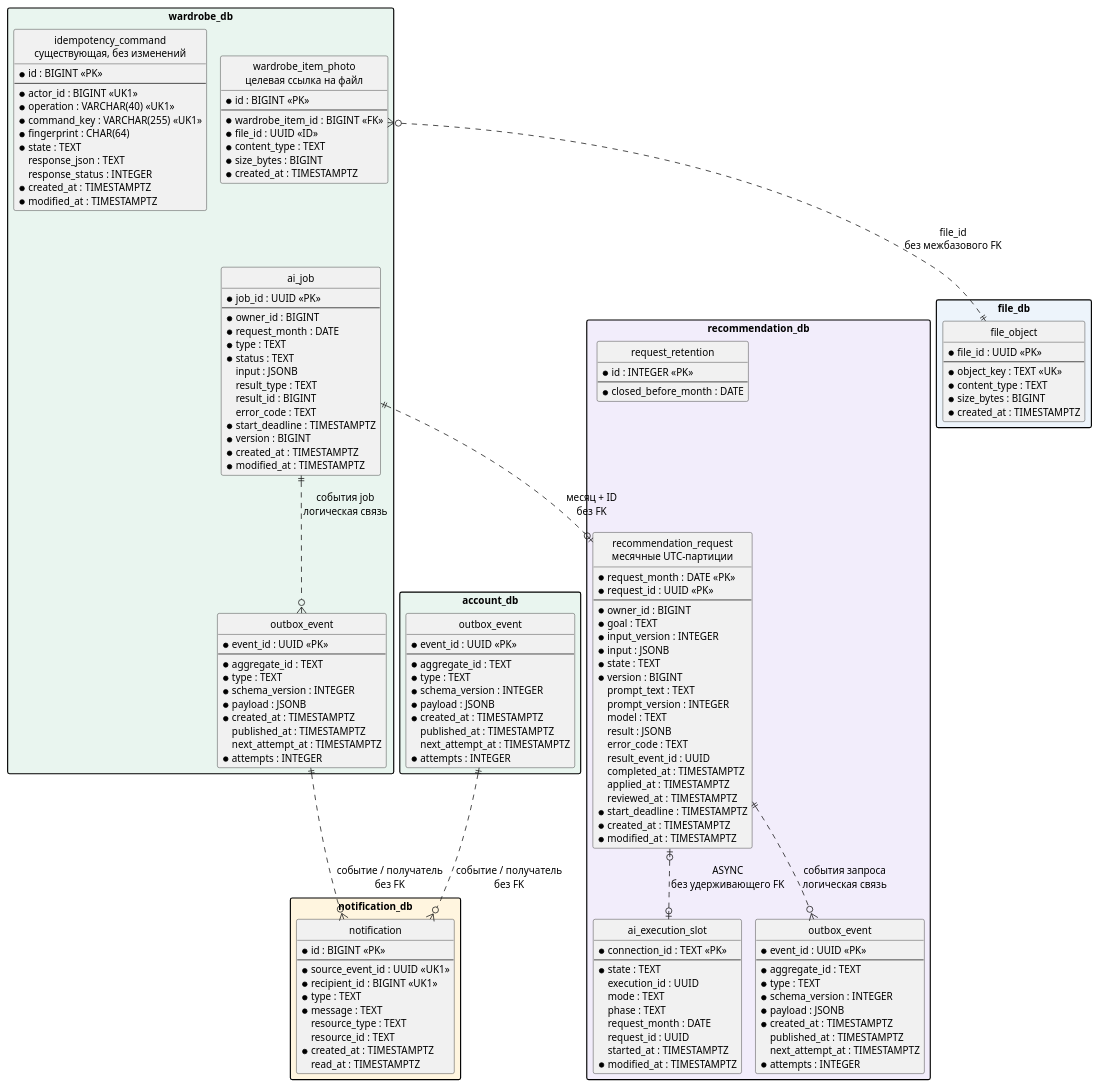
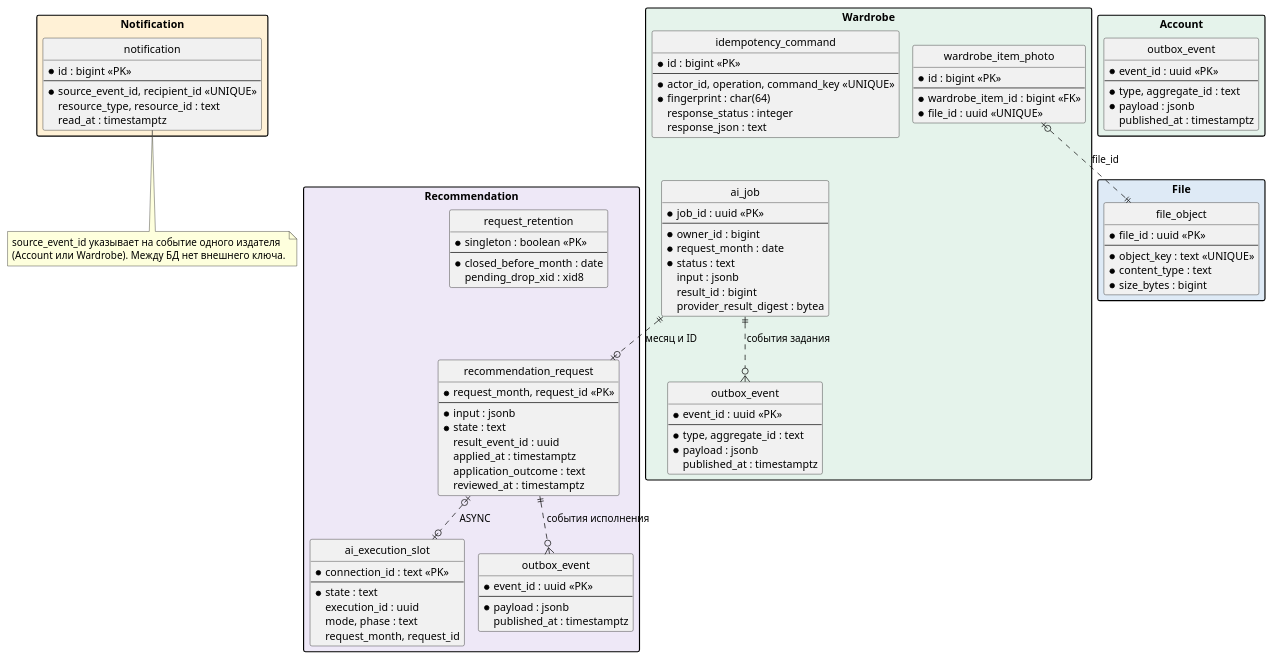
One commit to SimeonGor/clothes-advisor changed the diagram in docs/lab4/diagrams/data.puml. Above: the diagram before and after it, drawn with PlantUML. The commit also changed 22 other files, not shown here.

```diff
--- a/docs/lab4/diagrams/data.puml
+++ b/docs/lab4/diagrams/data.puml
@@ -1,164 +1,114 @@
 @startuml data
 !pragma layout smetana
-skinparam backgroundColor #FFFFFF
+skinparam backgroundColor white
 skinparam defaultFontName SansSerif
-skinparam defaultFontSize 13
 skinparam shadowing false
 skinparam packageStyle rectangle
-skinparam nodesep 40
-skinparam ranksep 45
+skinparam nodesep 35
+skinparam ranksep 40
 hide circle
-package "wardrobe_db" #E9F5EF {
+
+package "Wardrobe" #E5F3EB {
   entity "ai_job" as job {
-    * job_id : UUID <<PK>>
+    * job_id : uuid <<PK>>
     --
-    * owner_id : BIGINT
-    * request_month : DATE
-    * type : TEXT
-    * status : TEXT
-    input : JSONB
-    result_type : TEXT
-    result_id : BIGINT
-    error_code : TEXT
-    * start_deadline : TIMESTAMPTZ
-    * version : BIGINT
-    * created_at : TIMESTAMPTZ
-    * modified_at : TIMESTAMPTZ
+    * owner_id : bigint
+    * request_month : date
+    * status : text
+    input : jsonb
+    result_id : bigint
+    provider_result_digest : bytea
   }
-  entity "idempotency_command\nсуществующая, без изменений" as idem {
-    * id : BIGINT <<PK>>
+  entity "idempotency_command" as idem {
+    * id : bigint <<PK>>
     --
-    * actor_id : BIGINT <<UK1>>
-    * operation : VARCHAR(40) <<UK1>>
-    * command_key : VARCHAR(255) <<UK1>>
-    * fingerprint : CHAR(64)
-    * state : TEXT
-    response_json : TEXT
-    response_status : INTEGER
-    * created_at : TIMESTAMPTZ
-    * modified_at : TIMESTAMPTZ
+    * actor_id, operation, command_key <<UNIQUE>>
+    * fingerprint : char(64)
+    response_status : integer
+    response_json : text
   }
   entity "outbox_event" as wo {
-    * event_id : UUID <<PK>>
+    * event_id : uuid <<PK>>
     --
-    * aggregate_id : TEXT
-    * type : TEXT
-    * schema_version : INTEGER
-    * payload : JSONB
-    * created_at : TIMESTAMPTZ
-    published_at : TIMESTAMPTZ
-    next_attempt_at : TIMESTAMPTZ
-    * attempts : INTEGER
+    * type, aggregate_id : text
+    * payload : jsonb
+    published_at : timestamptz
   }
-  entity "wardrobe_item_photo\nцелевая ссылка на файл" as photo {
-    * id : BIGINT <<PK>>
+  entity "wardrobe_item_photo" as photo {
+    * id : bigint <<PK>>
     --
-    * wardrobe_item_id : BIGINT <<FK>>
-    * file_id : UUID <<ID>>
-    * content_type : TEXT
-    * size_bytes : BIGINT
-    * created_at : TIMESTAMPTZ
+    * wardrobe_item_id : bigint <<FK>>
+    * file_id : uuid <<UNIQUE>>
   }
 }
-package "recommendation_db" #F2EDFB {
-  entity "recommendation_request\nмесячные UTC-партиции" as request {
-    * request_month : DATE <<PK>>
-    * request_id : UUID <<PK>>
+package "Recommendation" #EEE8F7 {
+  entity "recommendation_request" as req {
+    * request_month, request_id <<PK>>
     --
-    * owner_id : BIGINT
-    * goal : TEXT
-    * input_version : INTEGER
-    * input : JSONB
-    * state : TEXT
-    * version : BIGINT
-    prompt_text : TEXT
-    prompt_version : INTEGER
-    model : TEXT
-    result : JSONB
-    error_code : TEXT
-    result_event_id : UUID
-    completed_at : TIMESTAMPTZ
-    applied_at : TIMESTAMPTZ
-    reviewed_at : TIMESTAMPTZ
-    * start_deadline : TIMESTAMPTZ
-    * created_at : TIMESTAMPTZ
-    * modified_at : TIMESTAMPTZ
+    * input : jsonb
+    * state : text
+    result_event_id : uuid
+    applied_at : timestamptz
+    application_outcome : text
+    reviewed_at : timestamptz
   }
   entity "ai_execution_slot" as slot {
-    * connection_id : TEXT <<PK>>
+    * connection_id : text <<PK>>
     --
-    * state : TEXT
-    execution_id : UUID
-    mode : TEXT
-    phase : TEXT
-    request_month : DATE
-    request_id : UUID
-    started_at : TIMESTAMPTZ
-    * modified_at : TIMESTAMPTZ
+    * state : text
+    execution_id : uuid
+    mode, phase : text
+    request_month, request_id
   }
   entity "request_retention" as retention {
-    * id : INTEGER <<PK>>
+    * singleton : boolean <<PK>>
     --
-    * closed_before_month : DATE
+    * closed_before_month : date
+    pending_drop_xid : xid8
   }
   entity "outbox_event" as ro {
-    * event_id : UUID <<PK>>
+    * event_id : uuid <<PK>>
     --
-    * aggregate_id : TEXT
-    * type : TEXT
-    * schema_version : INTEGER
-    * payload : JSONB
-    * created_at : TIMESTAMPTZ
-    published_at : TIMESTAMPTZ
-    next_attempt_at : TIMESTAMPTZ
-    * attempts : INTEGER
+    * payload : jsonb
+    published_at : timestamptz
   }
 }
-package "file_db" #EDF4FB {
+package "File" #DEEAF6 {
   entity "file_object" as file {
-    * file_id : UUID <<PK>>
+    * file_id : uuid <<PK>>
     --
-    * object_key : TEXT <<UK>>
-    * content_type : TEXT
-    * size_bytes : BIGINT
-    * created_at : TIMESTAMPTZ
+    * object_key : text <<UNIQUE>>
+    * content_type : text
+    * size_bytes : bigint
   }
 }
-package "notification_db" #FFF5DF {
-  entity "notification" as notification {
-    * id : BIGINT <<PK>>
+package "Notification" #FFF1D6 {
+  entity "notification" as n {
+    * id : bigint <<PK>>
     --
-    * source_event_id : UUID <<UK1>>
-    * recipient_id : BIGINT <<UK1>>
-    * type : TEXT
-    * message : TEXT
-    resource_type : TEXT
-    resource_id : TEXT
-    * created_at : TIMESTAMPTZ
-    read_at : TIMESTAMPTZ
+    * source_event_id, recipient_id <<UNIQUE>>
+    resource_type, resource_id : text
+    read_at : timestamptz
   }
 }
-package "account_db" #E9F5EF {
+package "Account" #E5F3EB {
   entity "outbox_event" as ao {
-    * event_id : UUID <<PK>>
+    * event_id : uuid <<PK>>
     --
-    * aggregate_id : TEXT
-    * type : TEXT
-    * schema_version : INTEGER
-    * payload : JSONB
-    * created_at : TIMESTAMPTZ
-    published_at : TIMESTAMPTZ
-    next_attempt_at : TIMESTAMPTZ
-    * attempts : INTEGER
+    * type, aggregate_id : text
+    * payload : jsonb
+    published_at : timestamptz
   }
 }
-job ||..o| request : месяц + ID\nбез FK
-job ||..o{ wo : события job\nлогическая связь
-request ||..o{ ro : события запроса\nлогическая связь
-request |o..o| slot : ASYNC\nбез удерживающего FK
-photo }o..|| file : file_id\nбез межбазового FK
-wo ||..o{ notification : событие / получатель\nбез FK
-ao ||..o{ notification : событие / получатель\nбез FK
+job ||..o| req : месяц и ID
+job ||..o{ wo : события задания
+req ||..o{ ro : события исполнения
+req |o..o| slot : ASYNC
+photo |o..|| file : file_id
+note bottom of n
+  source_event_id указывает на событие одного издателя
+  (Account или Wardrobe). Между БД нет внешнего ключа.
+end note
 idem -[hidden]down-> job
-retention -[hidden]down-> request
+retention -[hidden]down-> req
 @enduml
```
